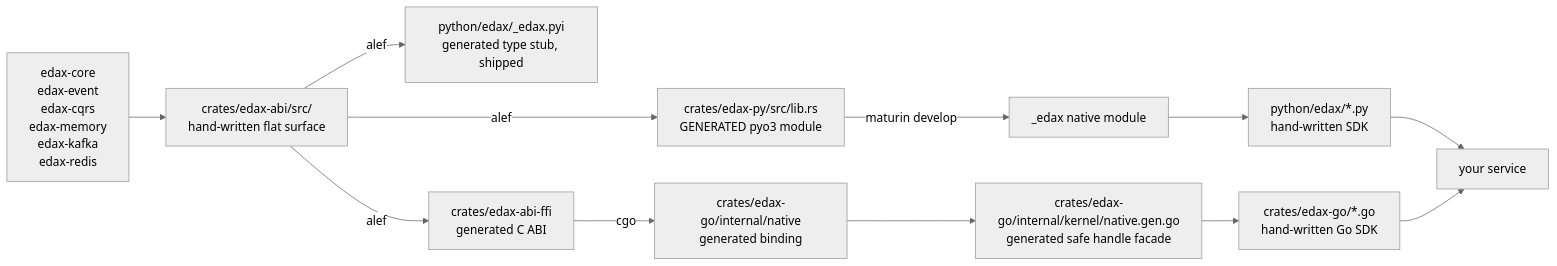
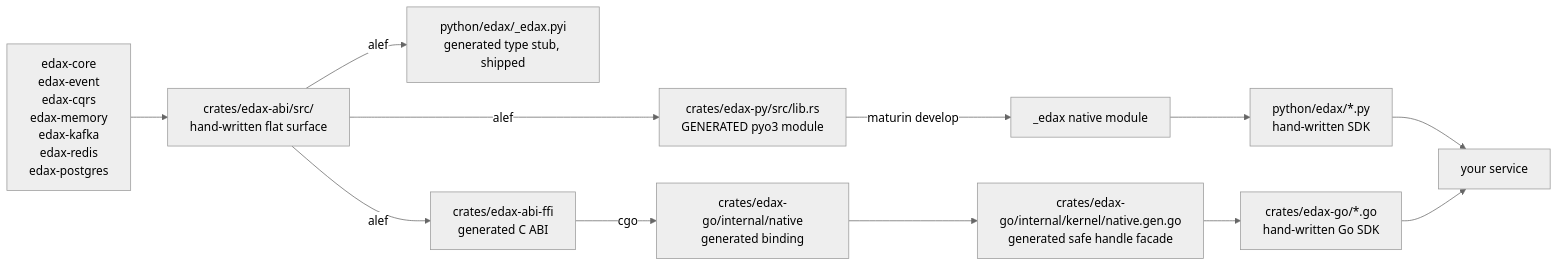
Before and after one commit to haskian/edax: the third of 4 diagrams in docs/architecture.md, drawn with Mermaid (neutral theme). The commit also changed other lines of this file and 25 other files, not shown here.

````diff
--- a/docs/architecture.md
+++ b/docs/architecture.md
@@ -137,14 +176,14 @@
 ```mermaid
 flowchart LR
-    K["edax-core<br/>edax-event<br/>edax-cqrs<br/>edax-memory<br/>edax-kafka<br/>edax-redis"] --> ABI["crates/edax-abi/src/<br/>hand-written flat surface"]
+    K["edax-core<br/>edax-event<br/>edax-cqrs<br/>edax-memory<br/>edax-kafka<br/>edax-redis<br/>edax-postgres"] --> ABI["crates/edax-abi/src/<br/>hand-written flat surface"]
     ABI -->|"alef"| GEN["crates/edax-py/src/lib.rs<br/>GENERATED pyo3 module"]
     ABI -->|"alef"| STUB["python/edax/_edax.pyi<br/>generated type stub, shipped"]
     GEN -->|"maturin develop"| SO["_edax native module"]
     SO --> PKG["python/edax/*.py<br/>hand-written SDK"]
     PKG --> APP["your service"]
     ABI -->|"alef"| FFI["crates/edax-abi-ffi<br/>generated C ABI"]
     FFI -->|"cgo"| GO["crates/edax-go/internal/native<br/>generated binding"]
     GO --> FACADE["crates/edax-go/internal/kernel/native.gen.go<br/>generated safe handle facade"]
     FACADE --> SDKGO["crates/edax-go/*.go<br/>hand-written Go SDK"]
     SDKGO --> APP
 ```
````
